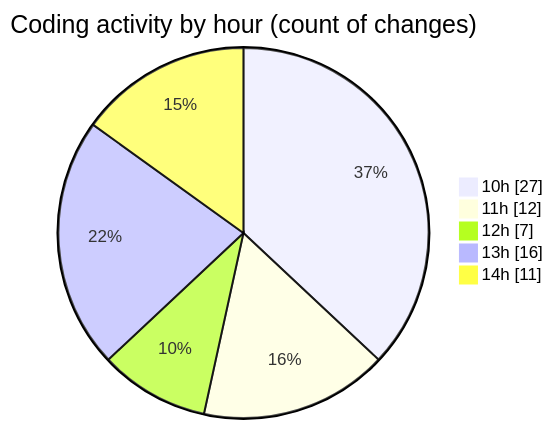
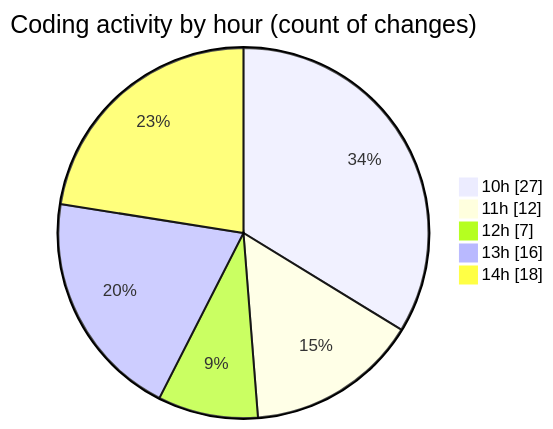
The second of 2 diagrams in 2025-03-01/myws__workspace_/README.md (MatusMokan/code-tracking), drawn with Mermaid before and after one commit. The commit also changed other lines of this file and 1 other file, not shown here.

````diff
--- a/2025-03-01/myws__workspace_/README.md
+++ b/2025-03-01/myws__workspace_/README.md
@@ -40,9 +40,9 @@
 ```mermaid
 pie showData
 title Coding activity by hour (count of changes)
 "10h" : 27
 "11h" : 12
 "12h" : 7
 "13h" : 16
-"14h" : 11
+"14h" : 18
 ```
````
